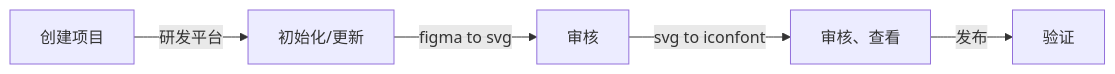
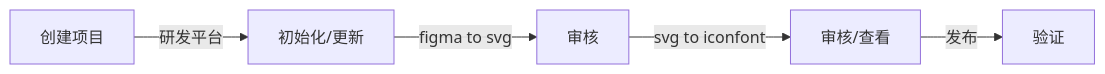
The fifth of 6 diagrams in docs/work/121.ai-all-asset.md (novlan1/notes), drawn with Mermaid before and after one commit. The commit also changed other lines of this file and 1 other file, not shown here.

````diff
--- a/docs/work/121.ai-all-asset.md
+++ b/docs/work/121.ai-all-asset.md
@@ -109,4 +109,4 @@
 ```mermaid
 graph LR
-创建项目 --研发平台--> 初始化/更新 -- figma to svg --> 审核 --"svg to iconfont"-->  audit[审核、查看] --发布--> 验证
+创建项目 --研发平台--> 初始化/更新 --"figma to svg"--> 审核 --"svg to iconfont"-->  审核/查看 --发布--> 验证
 ```
````
